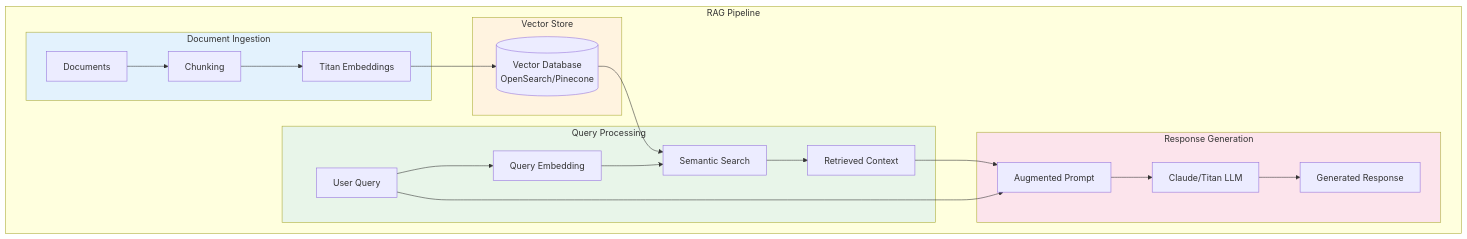
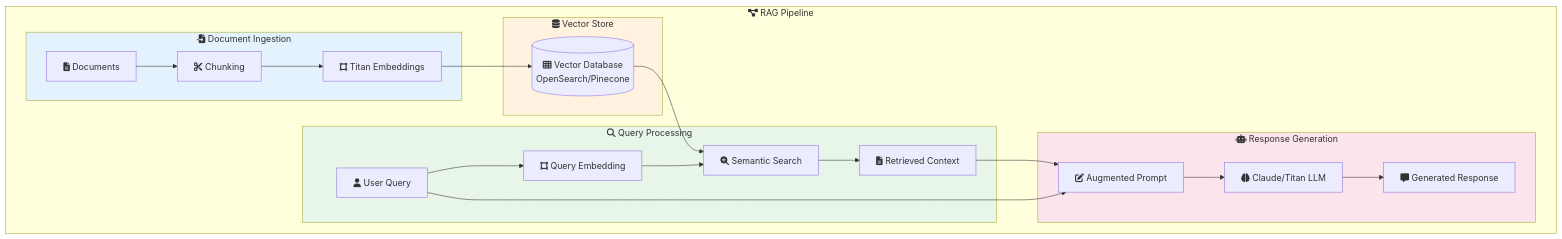
Before and after one commit to vinu76jsr/aws-sample-projects: the first of 3 diagrams in aws-ml-associate-prep/09-bedrock-rag/LAB.md, drawn with Mermaid. The commit also changed other lines of this file and 15 other files, not shown here.

First line of the commit message:
Add Font Awesome icons to all Mermaid diagrams

````diff
--- a/aws-ml-associate-prep/09-bedrock-rag/LAB.md
+++ b/aws-ml-associate-prep/09-bedrock-rag/LAB.md
@@ -14,46 +14,46 @@
 ```mermaid
 flowchart TB
-    subgraph RAG["RAG Pipeline"]
-        subgraph Ingestion["Document Ingestion"]
-            Docs[Documents]
-            Chunk[Chunking]
-            Embed1[Titan Embeddings]
+    subgraph RAG["fa:fa-project-diagram RAG Pipeline"]
+        subgraph Ingestion["fa:fa-file-import Document Ingestion"]
+            Docs[fa:fa-file-alt Documents]
+            Chunk[fa:fa-cut Chunking]
+            Embed1[fa:fa-vector-square Titan Embeddings]
         end
 
-        subgraph VectorStore["Vector Store"]
-            VS[(Vector Database<br/>OpenSearch/Pinecone)]
+        subgraph VectorStore["fa:fa-database Vector Store"]
+            VS[(fa:fa-th Vector Database<br/>OpenSearch/Pinecone)]
         end
 
-        subgraph Query["Query Processing"]
-            Q[User Query]
-            Embed2[Query Embedding]
-            Search[Semantic Search]
-            Context[Retrieved Context]
+        subgraph Query["fa:fa-search Query Processing"]
+            Q[fa:fa-user User Query]
+            Embed2[fa:fa-vector-square Query Embedding]
+            Search[fa:fa-search-plus Semantic Search]
+            Context[fa:fa-file-alt Retrieved Context]
         end
 
-        subgraph Generation["Response Generation"]
-            Prompt[Augmented Prompt]
-            LLM[Claude/Titan LLM]
-            Response[Generated Response]
+        subgraph Generation["fa:fa-robot Response Generation"]
+            Prompt[fa:fa-edit Augmented Prompt]
+            LLM[fa:fa-brain Claude/Titan LLM]
+            Response[fa:fa-comment-alt Generated Response]
         end
     end
 
     Docs --> Chunk
     Chunk --> Embed1
     Embed1 --> VS
 
     Q --> Embed2
     Embed2 --> Search
     VS --> Search
     Search --> Context
 
     Context --> Prompt
     Q --> Prompt
     Prompt --> LLM
     LLM --> Response
 
     style Ingestion fill:#e3f2fd
     style VectorStore fill:#fff3e0
     style Query fill:#e8f5e9
     style Generation fill:#fce4ec
 ```
````
